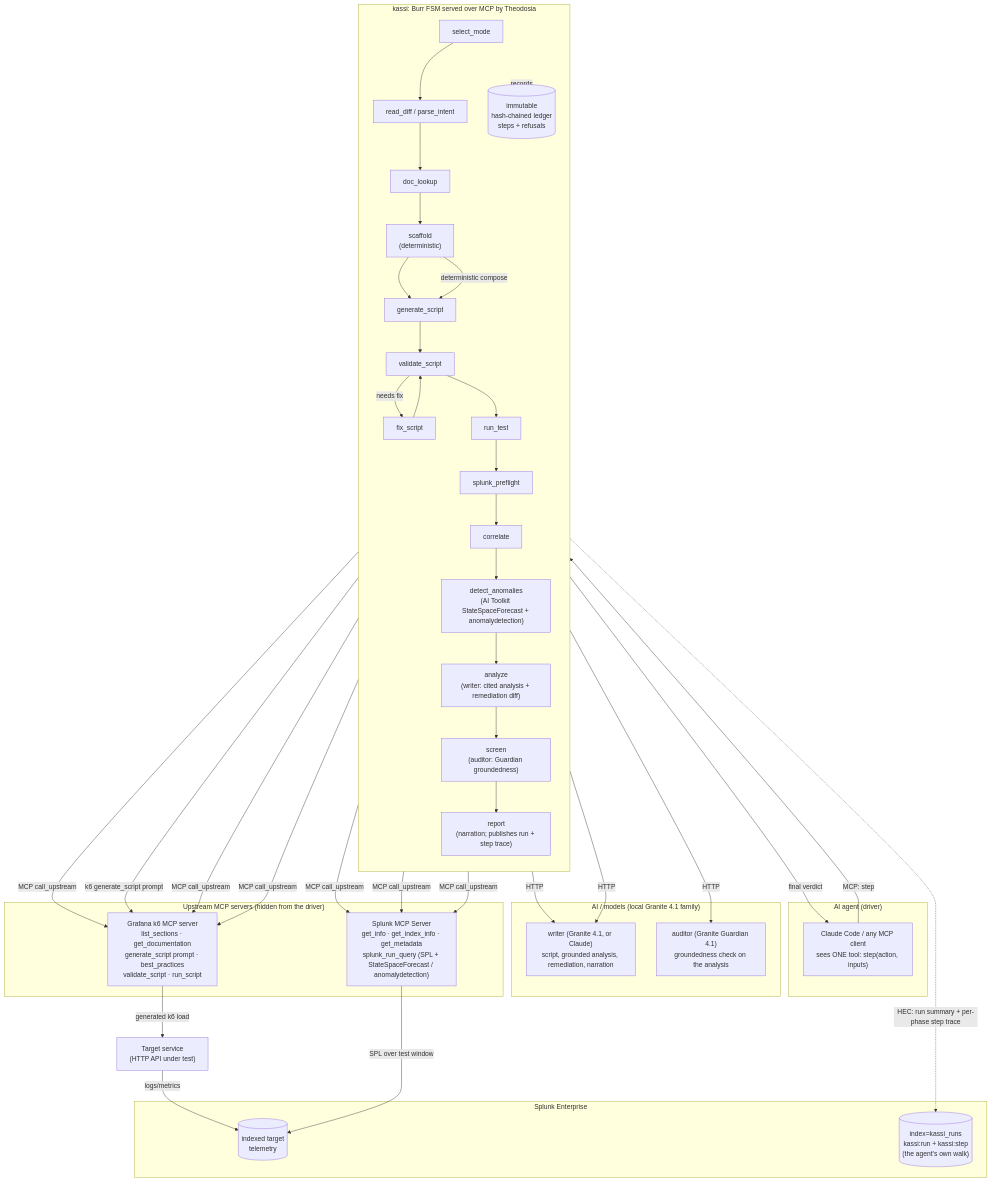
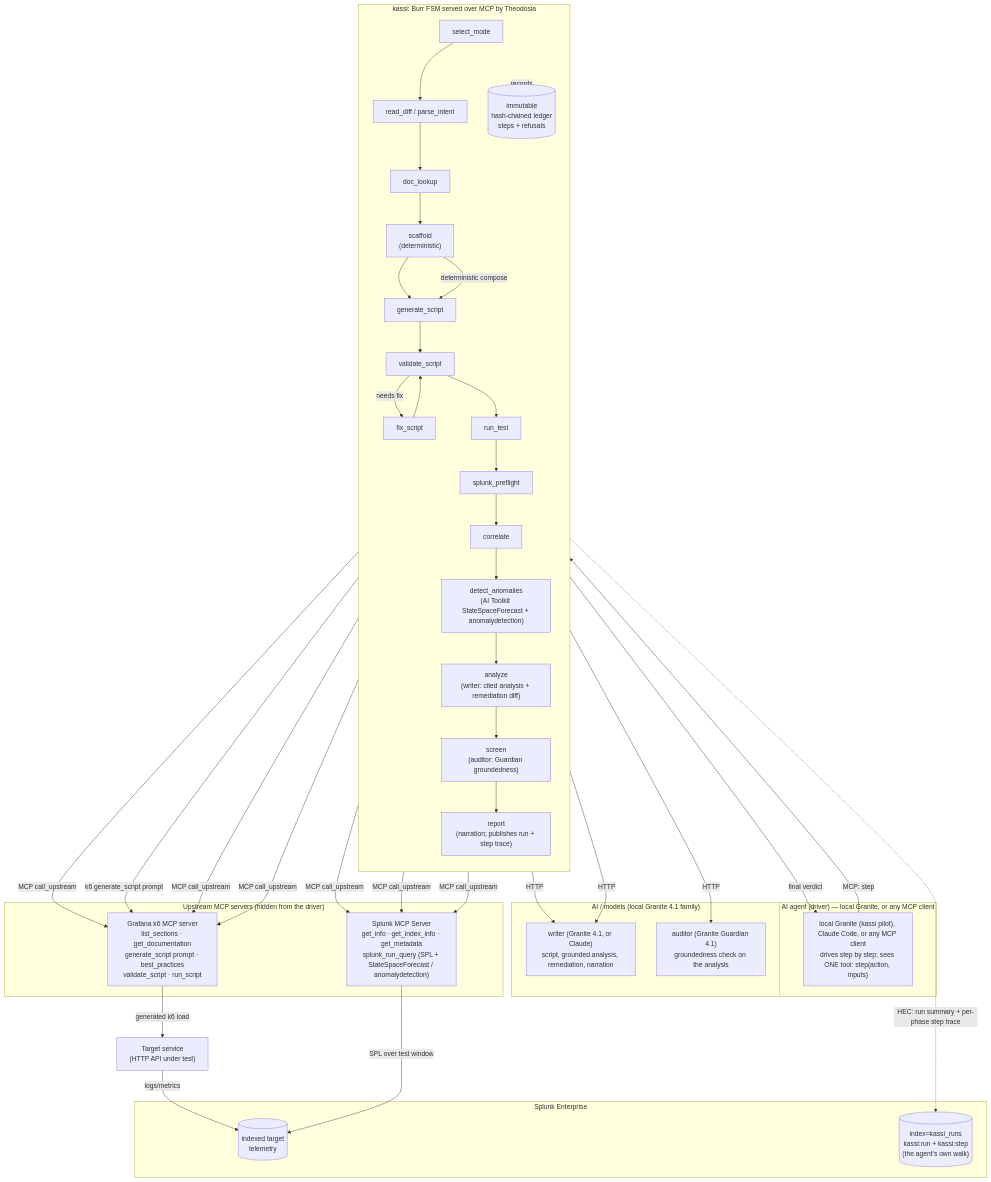
The diagram in architecture_diagram.md (msradam/kassi), drawn with Mermaid before and after one commit. The commit also changed other lines of this file and 4 other files, not shown here.

First line of the commit message:
feat: kassi pilot — local Granite drives the FSM step by step

````diff
--- a/architecture_diagram.md
+++ b/architecture_diagram.md
@@ -9,61 +9,61 @@
 ```mermaid
 flowchart TB
-    subgraph Driver["AI agent (driver)"]
-        A["Claude Code / any MCP client<br/>sees ONE tool: step(action, inputs)"]
+    subgraph Driver["AI agent (driver) — local Granite, or any MCP client"]
+        A["local Granite (kassi pilot), Claude Code, or any MCP client<br/>drives step by step; sees ONE tool: step(action, inputs)"]
     end
 
     subgraph kassi["kassi: Burr FSM served over MCP by Theodosia"]
         direction TB
         SM["select_mode"] --> RD["read_diff / parse_intent"]
         RD --> DL["doc_lookup"]
         DL --> SC["scaffold<br/>(deterministic)"]
         SC --> GS["generate_script"]
         GS --> VS["validate_script"]
         VS -->|needs fix| FX["fix_script"]
         FX --> VS
         VS --> RT["run_test"]
         RT --> PF["splunk_preflight"]
         PF --> CO["correlate"]
         CO --> DA["detect_anomalies<br/>(AI Toolkit StateSpaceForecast + anomalydetection)"]
         DA --> AN["analyze<br/>(writer: cited analysis + remediation diff)"]
         AN --> SCR["screen<br/>(auditor: Guardian groundedness)"]
         SCR --> RP["report<br/>(narration; publishes run + step trace)"]
         LEDGER[("immutable<br/>hash-chained ledger<br/>steps + refusals")]
     end
 
     subgraph AI["AI / models (local Granite 4.1 family)"]
         LLM["writer (Granite 4.1, or Claude)<br/>script, grounded analysis, remediation, narration"]
         GUARD["auditor (Granite Guardian 4.1)<br/>groundedness check on the analysis"]
     end
 
     subgraph Upstreams["Upstream MCP servers (hidden from the driver)"]
         K6["Grafana k6 MCP server<br/>list_sections · get_documentation<br/>generate_script prompt · best_practices<br/>validate_script · run_script"]
         SPL["Splunk MCP Server<br/>get_info · get_index_info · get_metadata<br/>splunk_run_query (SPL + StateSpaceForecast / anomalydetection)"]
     end
 
     subgraph Splunk["Splunk Enterprise"]
         IDX[("indexed target<br/>telemetry")]
         RUNIDX[("index=kassi_runs<br/>kassi:run + kassi:step<br/>(the agent's own walk)")]
     end
 
     TARGET["Target service<br/>(HTTP API under test)"]
 
     A -->|MCP: step| SM
     kassi -.records.-> LEDGER
     DL -->|MCP call_upstream| K6
     SC -->|deterministic compose| GS
     GS -->|k6 generate_script prompt| K6
     GS -->|HTTP| LLM
     AN -->|HTTP| LLM
     SCR -->|HTTP| GUARD
     VS -->|MCP call_upstream| K6
     RT -->|MCP call_upstream| K6
     K6 -->|generated k6 load| TARGET
     TARGET -->|logs/metrics| IDX
     PF -->|MCP call_upstream| SPL
     CO -->|MCP call_upstream| SPL
     DA -->|MCP call_upstream| SPL
     SPL -->|SPL over test window| IDX
     RP -->|final verdict| A
     RP -.->|HEC: run summary + per-phase step trace| RUNIDX
 ```
````
